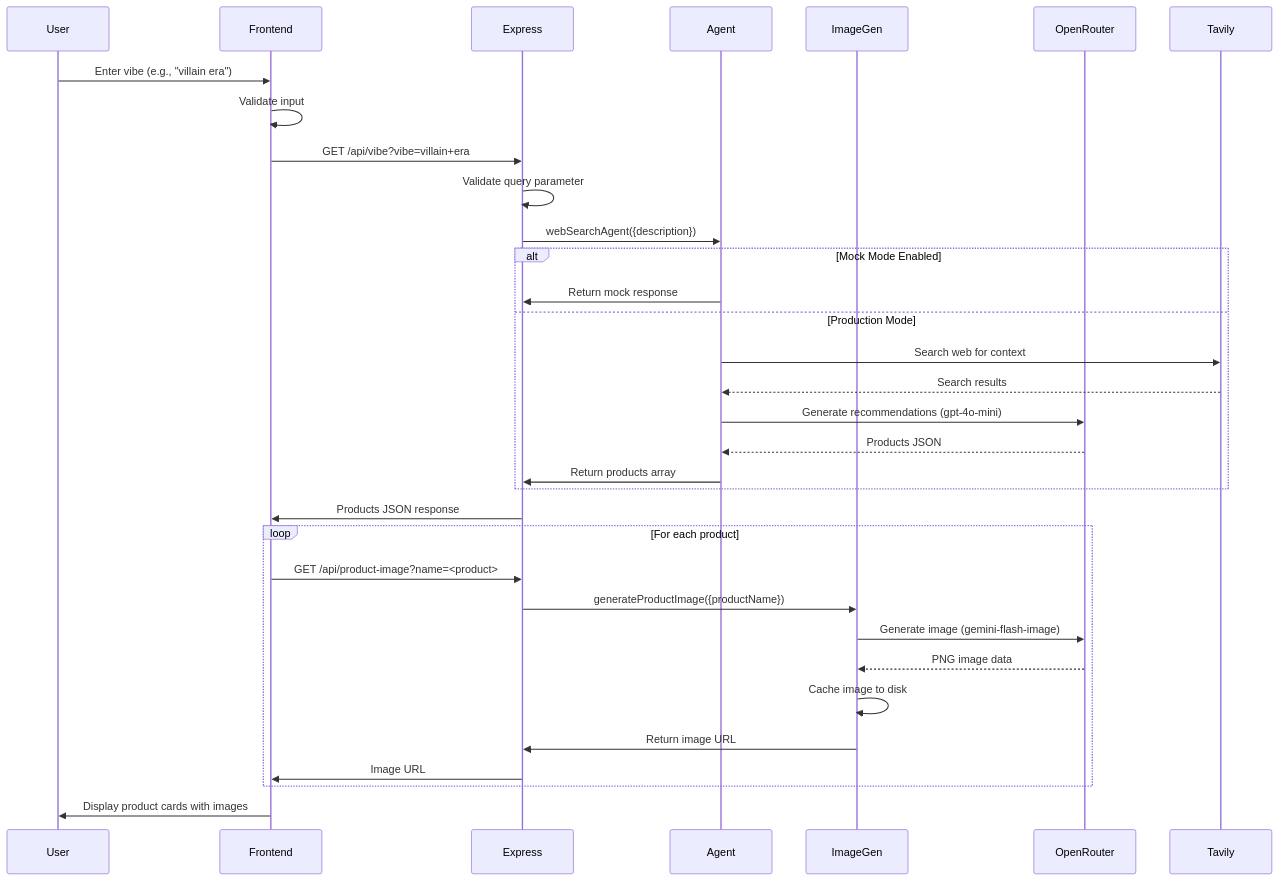
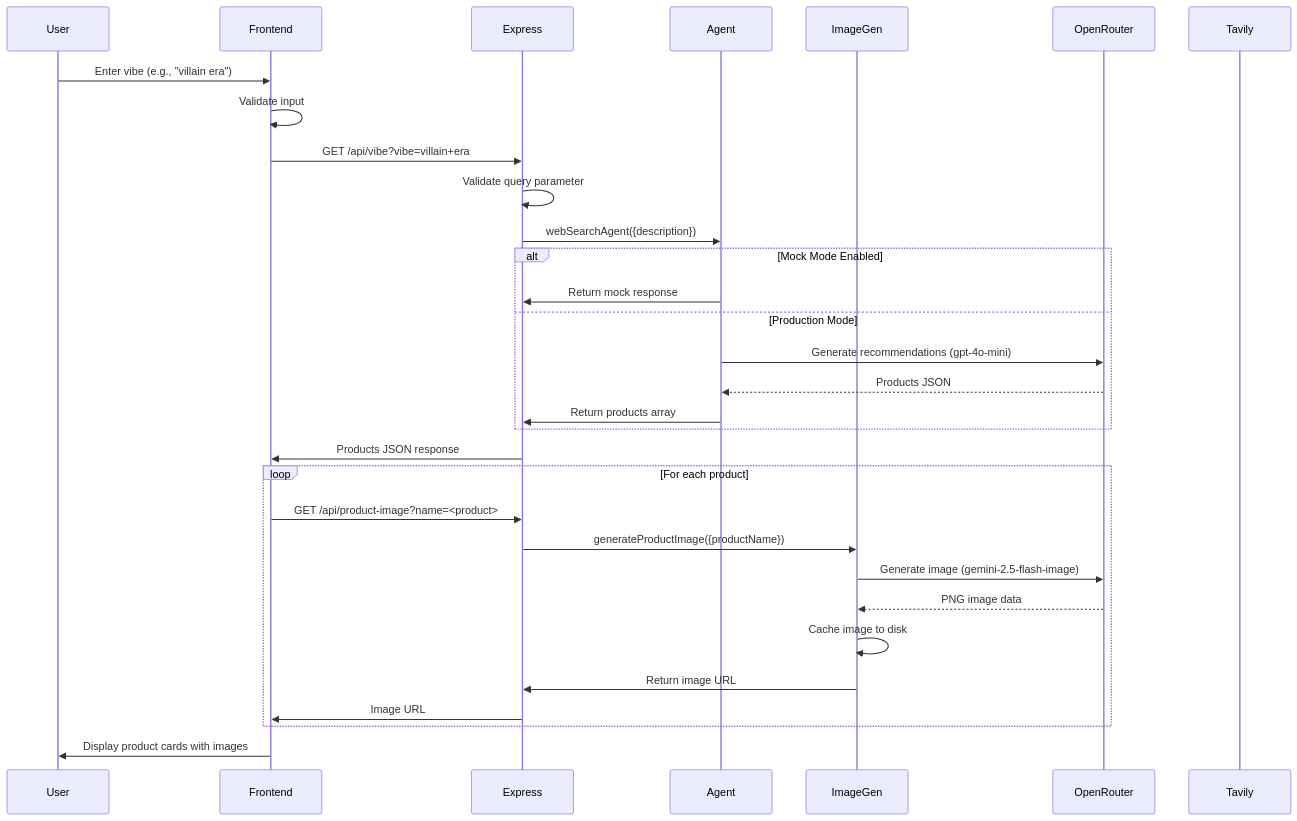
The second of 10 diagrams in ARCHITECTURE.md (shrutikapoor08/codetv-openrouter-vibe-to-cart), drawn with Mermaid before and after one commit. The commit also changed other lines of this file and 2 other files, not shown here.

````diff
--- a/ARCHITECTURE.md
+++ b/ARCHITECTURE.md
@@ -75,40 +86,38 @@
 ```mermaid
 sequenceDiagram
     participant User
     participant Frontend
     participant Express
     participant Agent
     participant ImageGen
     participant OpenRouter
     participant Tavily
 
     User->>Frontend: Enter vibe (e.g., "villain era")
     Frontend->>Frontend: Validate input
     Frontend->>Express: GET /api/vibe?vibe=villain+era
     Express->>Express: Validate query parameter
     Express->>Agent: webSearchAgent({description})
 
     alt Mock Mode Enabled
         Agent->>Express: Return mock response
     else Production Mode
-        Agent->>Tavily: Search web for context
-        Tavily-->>Agent: Search results
         Agent->>OpenRouter: Generate recommendations (gpt-4o-mini)
         OpenRouter-->>Agent: Products JSON
         Agent->>Express: Return products array
     end
 
     Express->>Frontend: Products JSON response
 
     loop For each product
         Frontend->>Express: GET /api/product-image?name=<product>
         Express->>ImageGen: generateProductImage({productName})
-        ImageGen->>OpenRouter: Generate image (gemini-flash-image)
+        ImageGen->>OpenRouter: Generate image (gemini-2.5-flash-image)
         OpenRouter-->>ImageGen: PNG image data
         ImageGen->>ImageGen: Cache image to disk
         ImageGen->>Express: Return image URL
         Express->>Frontend: Image URL
     end
 
     Frontend->>User: Display product cards with images
 ```
````
